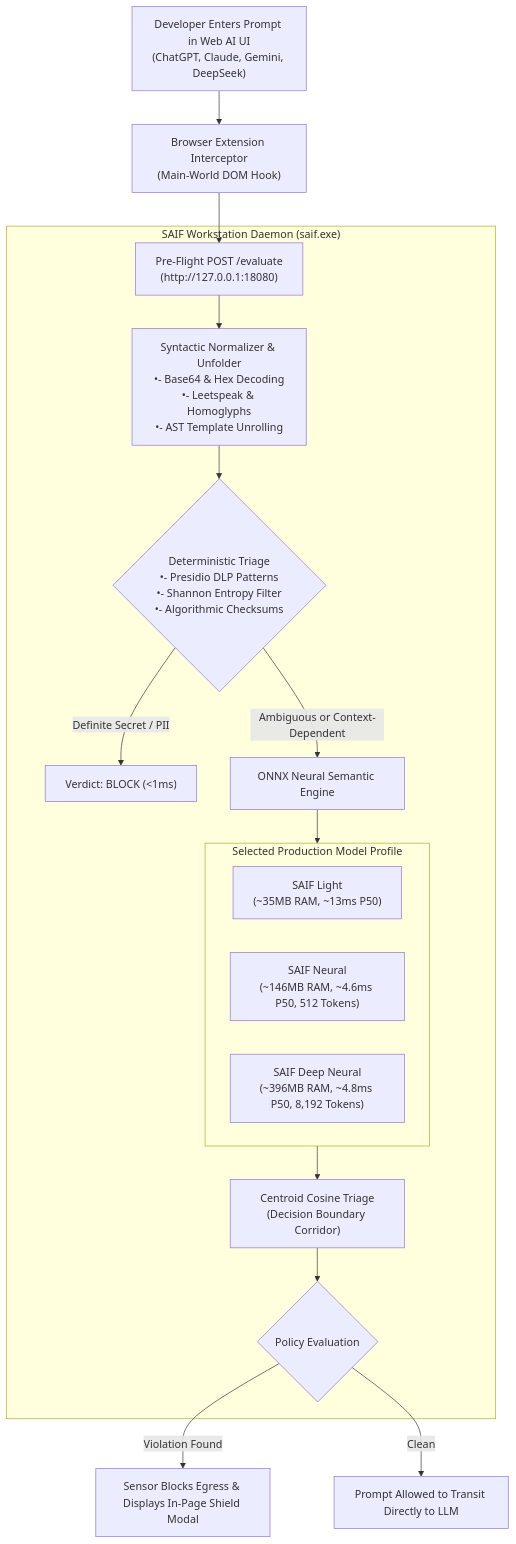
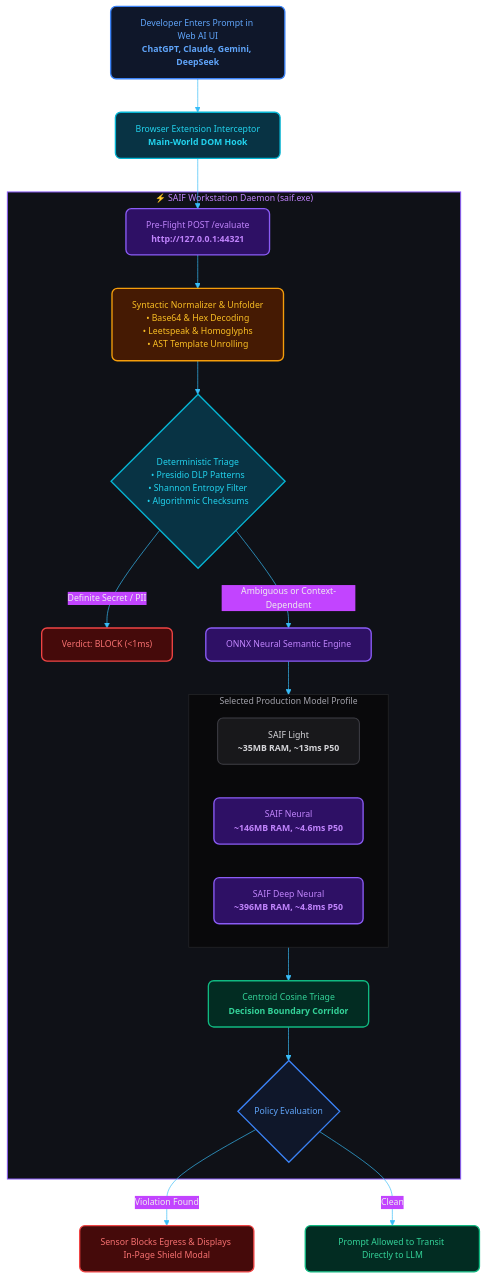
One commit to sudohackfu/saif-free-tier changed the diagram in docs/BENCHMARK.md. Above: the diagram before and after it, drawn with Mermaid. The commit also changed 3 other files, not shown here.

Commit message:
docs(style): theme Mermaid diagrams to match dark cybersecurity aesthetic and embed infographics

````diff
--- a/docs/BENCHMARK.md
+++ b/docs/BENCHMARK.md
@@ -35,31 +35,55 @@
 ```mermaid
+%%{init: {
+  'theme': 'base',
+  'themeVariables': {
+    'darkMode': true,
+    'background': '#09090b',
+    'mainBkg': '#121217',
+    'nodeBorder': '#27272a',
+    'textColor': '#f4f4f5',
+    'fontFamily': 'Inter, system-ui, -apple-system, sans-serif',
+    'fontSize': '13px',
+    'lineColor': '#38bdf8'
+  }
+}}%%
 flowchart TD
-    UserPrompt["Developer Enters Prompt in Web AI UI<br/>(ChatGPT, Claude, Gemini, DeepSeek)"]
-    Sensor["Browser Extension Interceptor<br/>(Main-World DOM Hook)"]
+    UserPrompt["Developer Enters Prompt in Web AI UI<br/><b>ChatGPT, Claude, Gemini, DeepSeek</b>"]:::blueNode
+    Sensor["Browser Extension Interceptor<br/><b>Main-World DOM Hook</b>"]:::cyanNode
     UserPrompt --> Sensor
     
-    Sensor --> Preflight["Pre-Flight POST /evaluate<br/>(http://127.0.0.1:18080)"]
+    Sensor --> Preflight["Pre-Flight POST /evaluate<br/><b>http://127.0.0.1:44321</b>"]:::purpleNode
     
-    subgraph WorkstationDaemon["SAIF Workstation Daemon (saif.exe)"]
-        Preproc["Syntactic Normalizer & Unfolder<br/>•- Base64 & Hex Decoding<br/>•- Leetspeak & Homoglyphs<br/>•- AST Template Unrolling"]
+    subgraph WorkstationDaemon ["⚡ SAIF Workstation Daemon (saif.exe)"]
+        Preproc["Syntactic Normalizer & Unfolder<br/>• Base64 & Hex Decoding<br/>• Leetspeak & Homoglyphs<br/>• AST Template Unrolling"]:::amberNode
         Preflight --> Preproc
         
-        FastPath{"Deterministic Triage<br/>•- Presidio DLP Patterns<br/>•- Shannon Entropy Filter<br/>•- Algorithmic Checksums"}
+        FastPath{"Deterministic Triage<br/>• Presidio DLP Patterns<br/>• Shannon Entropy Filter<br/>• Algorithmic Checksums"}:::cyanNode
         Preproc --> FastPath
         
-        FastPath -->|Definite Secret / PII| BlockVerdict["Verdict: BLOCK (<1ms)"]
-        FastPath -->|Ambiguous or Context-Dependent| NeuralCascade["ONNX Neural Semantic Engine"]
+        FastPath -->|"Definite Secret / PII"| BlockVerdict["Verdict: BLOCK (<1ms)"]:::redNode
+        FastPath -->|"Ambiguous or Context-Dependent"| NeuralCascade["ONNX Neural Semantic Engine"]:::purpleNode
         
-        subgraph Models["Selected Production Model Profile"]
-            M1["SAIF Light<br/>(~35MB RAM, ~13ms P50)"]
-            M2["SAIF Neural<br/>(~146MB RAM, ~4.6ms P50, 512 Tokens)"]
-            M3["SAIF Deep Neural<br/>(~396MB RAM, ~4.8ms P50, 8,192 Tokens)"]
+        subgraph Models ["Selected Production Model Profile"]
+            M1["SAIF Light<br/><b>~35MB RAM, ~13ms P50</b>"]:::slateNode
+            M2["SAIF Neural<br/><b>~146MB RAM, ~4.6ms P50</b>"]:::purpleNode
+            M3["SAIF Deep Neural<br/><b>~396MB RAM, ~4.8ms P50</b>"]:::purpleNode
         end
         NeuralCascade --> Models
-        Models --> CentroidMatch["Centroid Cosine Triage<br/>(Decision Boundary Corridor)"]
-        CentroidMatch --> FinalVerdict{"Policy Evaluation"}
+        Models --> CentroidMatch["Centroid Cosine Triage<br/><b>Decision Boundary Corridor</b>"]:::greenNode
+        CentroidMatch --> FinalVerdict{"Policy Evaluation"}:::blueNode
     end
     
-    FinalVerdict -->|Violation Found| ModalBlock["Sensor Blocks Egress & Displays In-Page Shield Modal"]
-    FinalVerdict -->|Clean| SafePass["Prompt Allowed to Transit Directly to LLM"]
+    FinalVerdict -->|"Violation Found"| ModalBlock["Sensor Blocks Egress & Displays In-Page Shield Modal"]:::redNode
+    FinalVerdict -->|"Clean"| SafePass["Prompt Allowed to Transit Directly to LLM"]:::greenNode
+
+    classDef blueNode fill:#0f172a,stroke:#3b82f6,stroke-width:2px,color:#60a5fa,rx:8px,ry:8px;
+    classDef cyanNode fill:#083344,stroke:#06b6d4,stroke-width:2px,color:#22d3ee,rx:8px,ry:8px;
+    classDef greenNode fill:#022c22,stroke:#10b981,stroke-width:2px,color:#34d399,rx:8px,ry:8px;
+    classDef redNode fill:#450a0a,stroke:#ef4444,stroke-width:2px,color:#f87171,rx:8px,ry:8px;
+    classDef amberNode fill:#451a03,stroke:#f59e0b,stroke-width:2px,color:#fbbf24,rx:8px,ry:8px;
+    classDef purpleNode fill:#2e1065,stroke:#8b5cf6,stroke-width:2px,color:#c084fc,rx:8px,ry:8px;
+    classDef slateNode fill:#18181b,stroke:#3f3f46,stroke-width:1.5px,color:#d4d4d8,rx:8px,ry:8px;
+
+    style WorkstationDaemon fill:#0f1117,stroke:#8b5cf6,stroke-width:1.5px,color:#c084fc;
+    style Models fill:#09090b,stroke:#27272a,stroke-width:1px,color:#a1a1aa;
 ```
````
